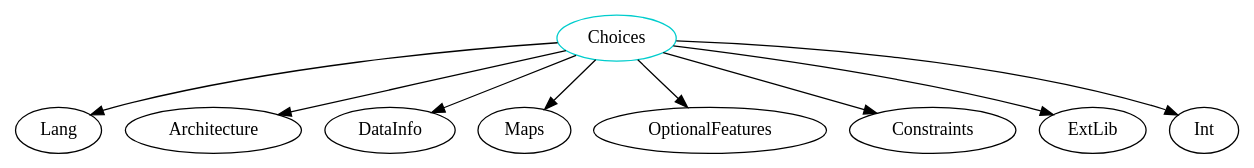
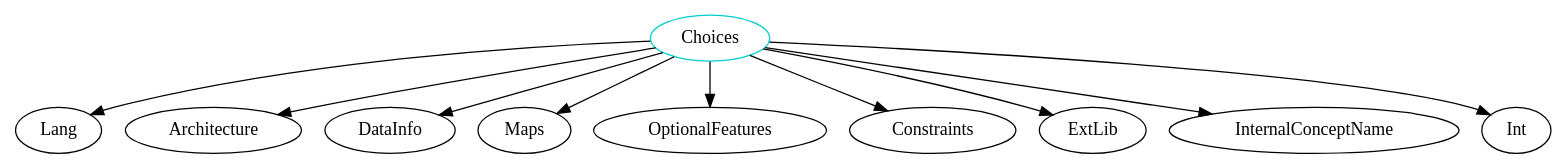
The diagram in analysis/TypeDependencyGraphs/code/Choices.dot (JacquesCarette/Drasil), drawn with Graphviz before and after one commit. The commit also changed 1203 other files, not shown here.

```diff
--- a/analysis/TypeDependencyGraphs/code/Choices.dot
+++ b/analysis/TypeDependencyGraphs/code/Choices.dot
@@ -1,11 +1,12 @@
 digraph choices{
 Choices	[shape=oval, color=cyan3, label="Choices"];
 Choices -> Lang;
 Choices -> Architecture;
 Choices -> DataInfo;
 Choices -> Maps;
 Choices -> OptionalFeatures;
 Choices -> Constraints;
 Choices -> ExtLib;
+Choices -> InternalConceptName;
 Choices -> Int;
 }
```
